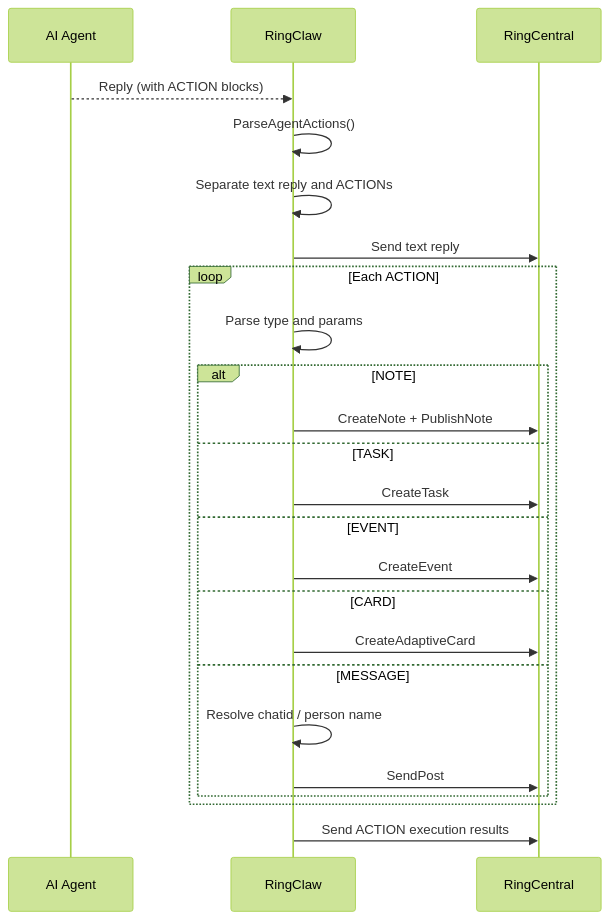
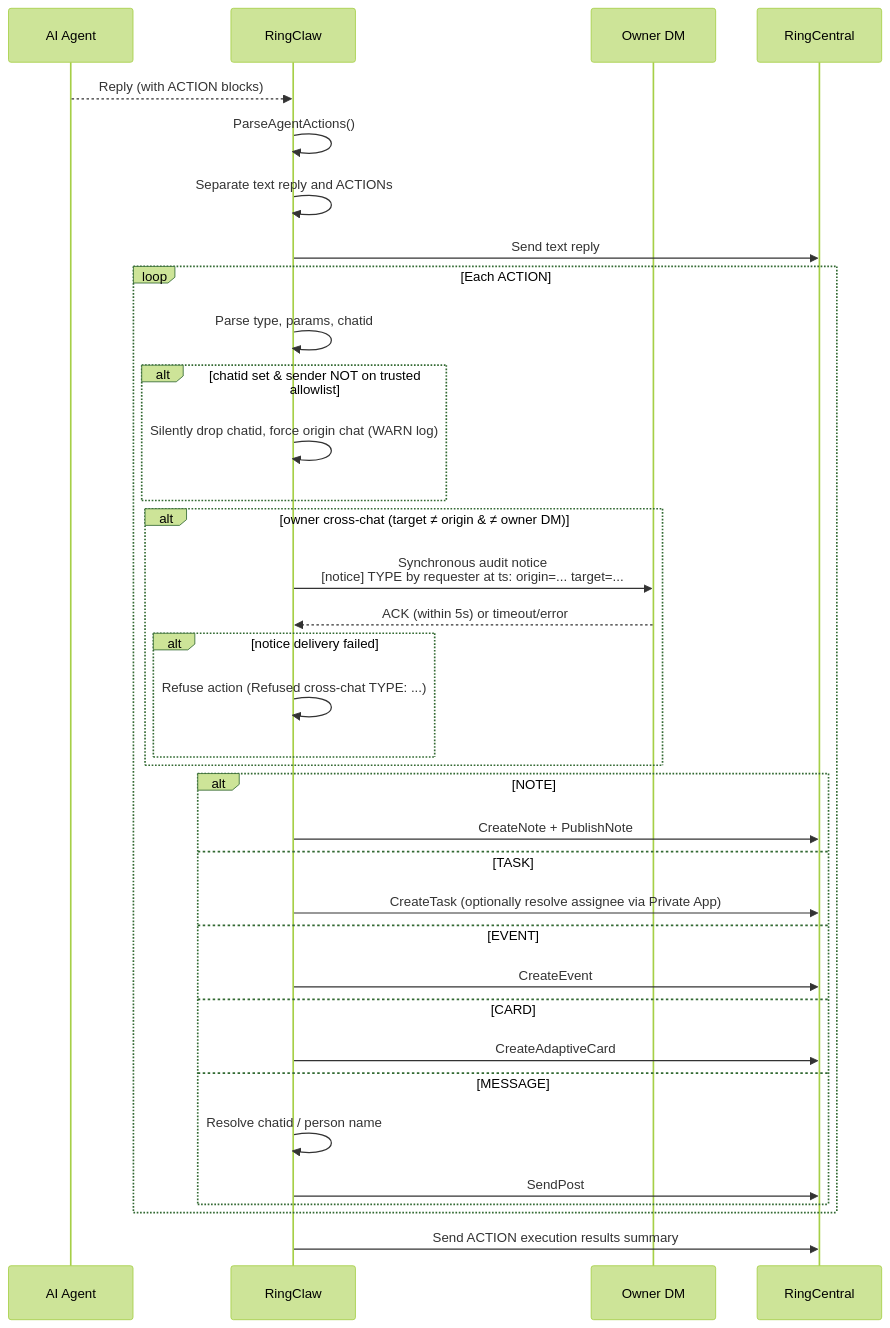
The diagram in docs/features/actions.md (ringclaw/ringclaw), drawn with Mermaid (forest theme) before and after one commit. The commit also changed other lines of this file and 8 other files, not shown here.

First line of the commit message:
docs: refresh mermaid diagrams and restructure site nav

````diff
--- a/docs/features/actions.md
+++ b/docs/features/actions.md
@@ -13,27 +13,38 @@
 ```mermaid
 sequenceDiagram
     participant AI as AI Agent
     participant R as RingClaw
+    participant O as Owner DM
     participant RC as RingCentral
 
     AI-->>R: Reply (with ACTION blocks)
     R->>R: ParseAgentActions()
     R->>R: Separate text reply and ACTIONs
     R->>RC: Send text reply
     loop Each ACTION
-        R->>R: Parse type and params
+        R->>R: Parse type, params, chatid
+        alt chatid set & sender NOT on trusted allowlist
+            R->>R: Silently drop chatid, force origin chat (WARN log)
+        end
+        alt owner cross-chat (target ≠ origin & ≠ owner DM)
+            R->>O: Synchronous audit notice<br/>[notice] TYPE by requester at ts: origin=... target=...
+            O-->>R: ACK (within 5s) or timeout/error
+            alt notice delivery failed
+                R->>R: Refuse action (Refused cross-chat TYPE: ...)
+            end
+        end
         alt NOTE
             R->>RC: CreateNote + PublishNote
         else TASK
-            R->>RC: CreateTask
+            R->>RC: CreateTask (optionally resolve assignee via Private App)
         else EVENT
             R->>RC: CreateEvent
         else CARD
             R->>RC: CreateAdaptiveCard
         else MESSAGE
             R->>R: Resolve chatid / person name
             R->>RC: SendPost
         end
     end
-    R->>RC: Send ACTION execution results
+    R->>RC: Send ACTION execution results summary
 ```
````
